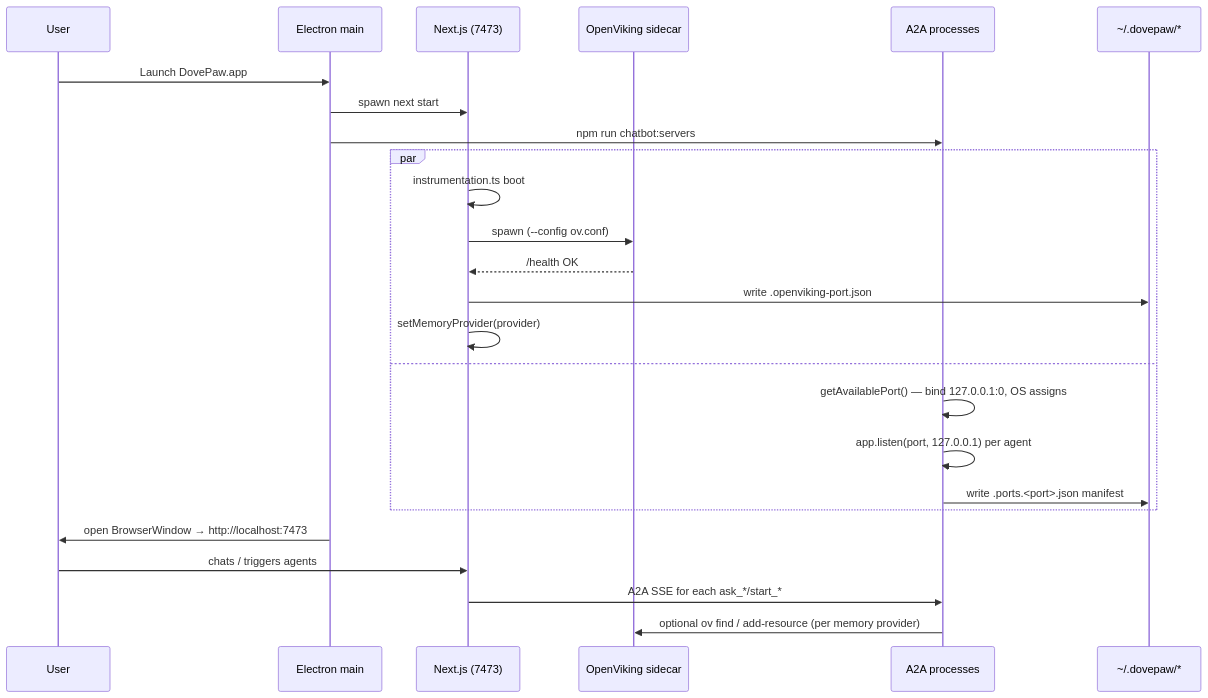
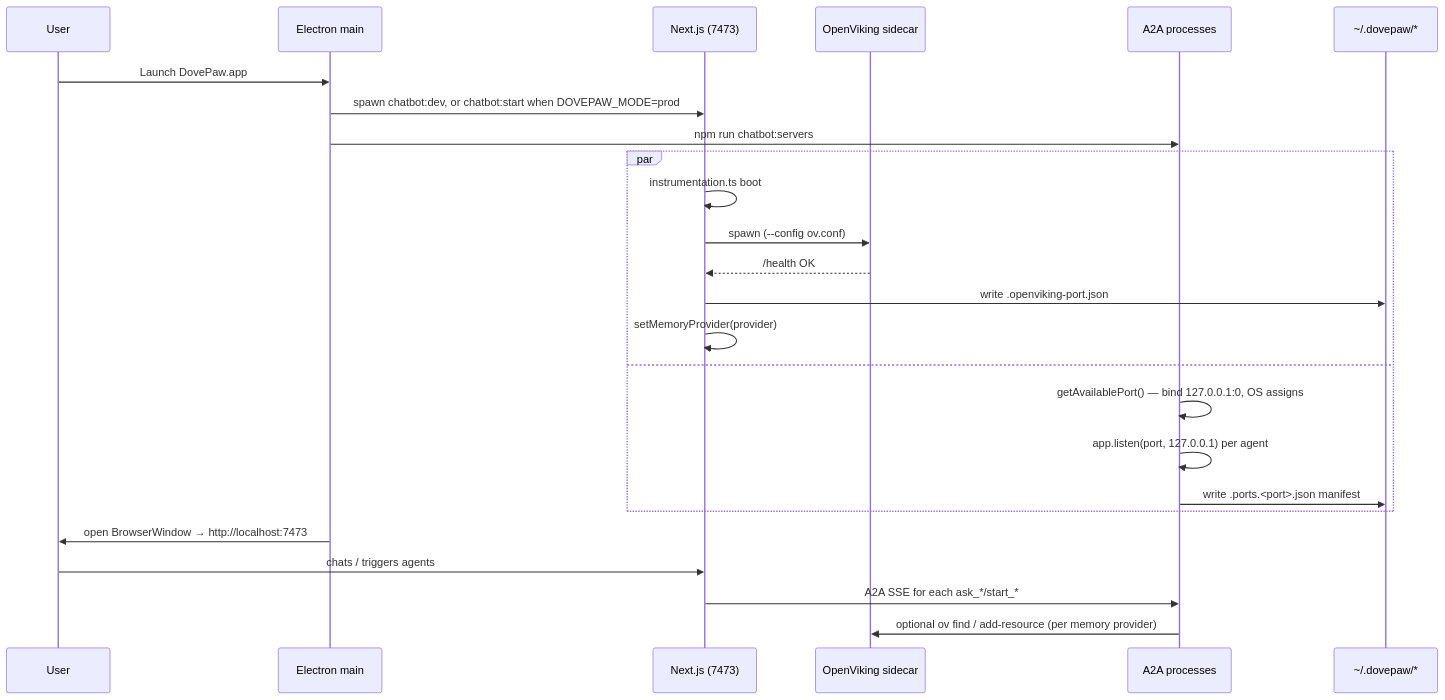
The third of 3 diagrams in docs/specs/00-topology-overview.md (PixelPaw-Labs/DovePaw), drawn with Mermaid before and after one commit. The commit also changed 5 other files, not shown here.

First line of the commit message:
feat(electron): add electron:prod launch mode

````diff
--- a/docs/specs/00-topology-overview.md
+++ b/docs/specs/00-topology-overview.md
@@ -100,28 +100,28 @@
 ```mermaid
 sequenceDiagram
   participant U as User
   participant E as Electron main
   participant N as Next.js (7473)
   participant V as OpenViking sidecar
   participant A as A2A processes
   participant F as ~/.dovepaw/*
 
   U->>E: Launch DovePaw.app
-  E->>N: spawn next start
+  E->>N: spawn chatbot:dev, or chatbot:start when DOVEPAW_MODE=prod
   E->>A: npm run chatbot:servers
   par
     N->>N: instrumentation.ts boot
     N->>V: spawn (--config ov.conf)
     V-->>N: /health OK
     N->>F: write .openviking-port.json
     N->>N: setMemoryProvider(provider)
   and
     A->>A: getAvailablePort() — bind 127.0.0.1:0, OS assigns
     A->>A: app.listen(port, 127.0.0.1) per agent
     A->>F: write .ports.<port>.json manifest
   end
   E->>U: open BrowserWindow → http://localhost:7473
   U->>N: chats / triggers agents
   N->>A: A2A SSE for each ask_*/start_*
   A->>V: optional ov find / add-resource (per memory provider)
 ```
````
